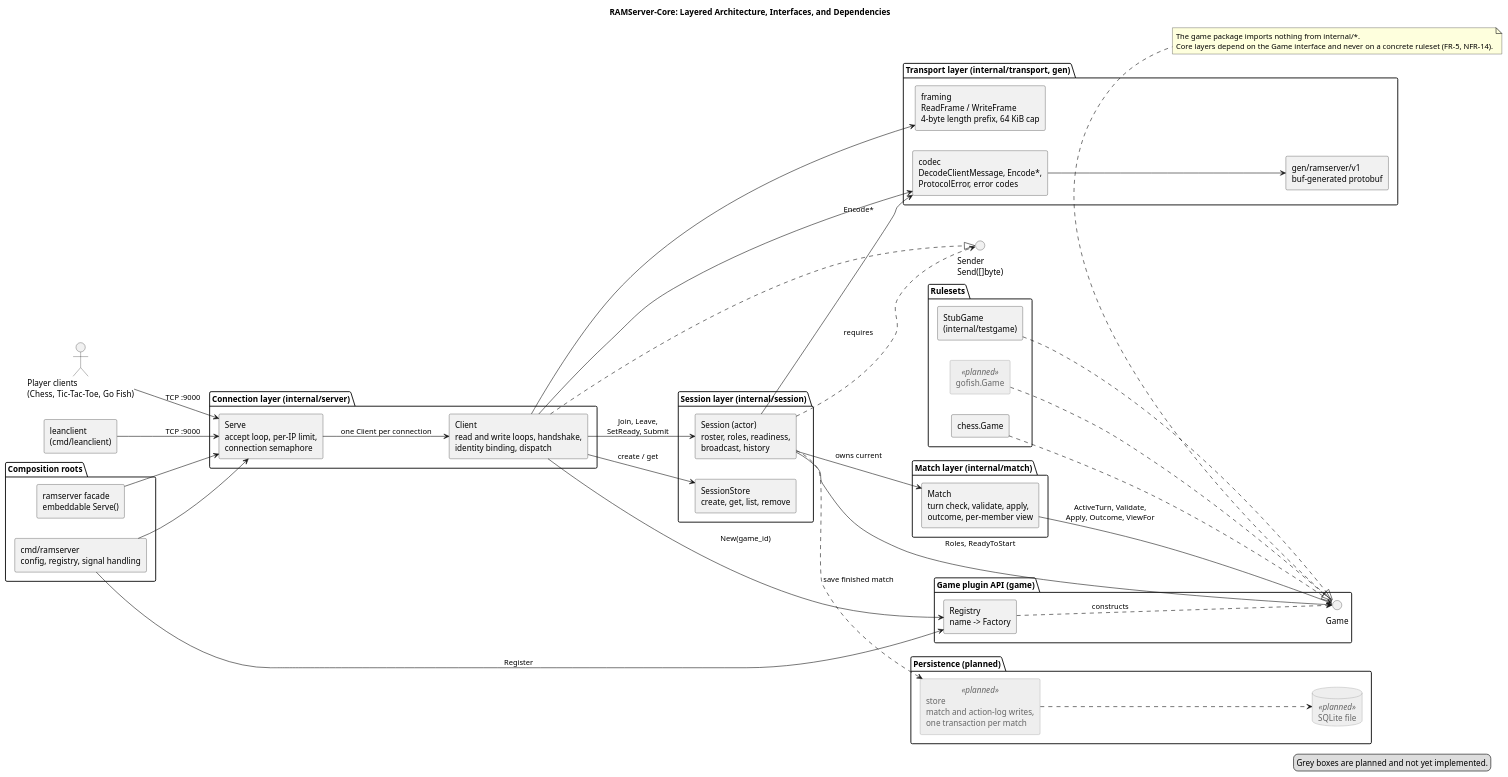
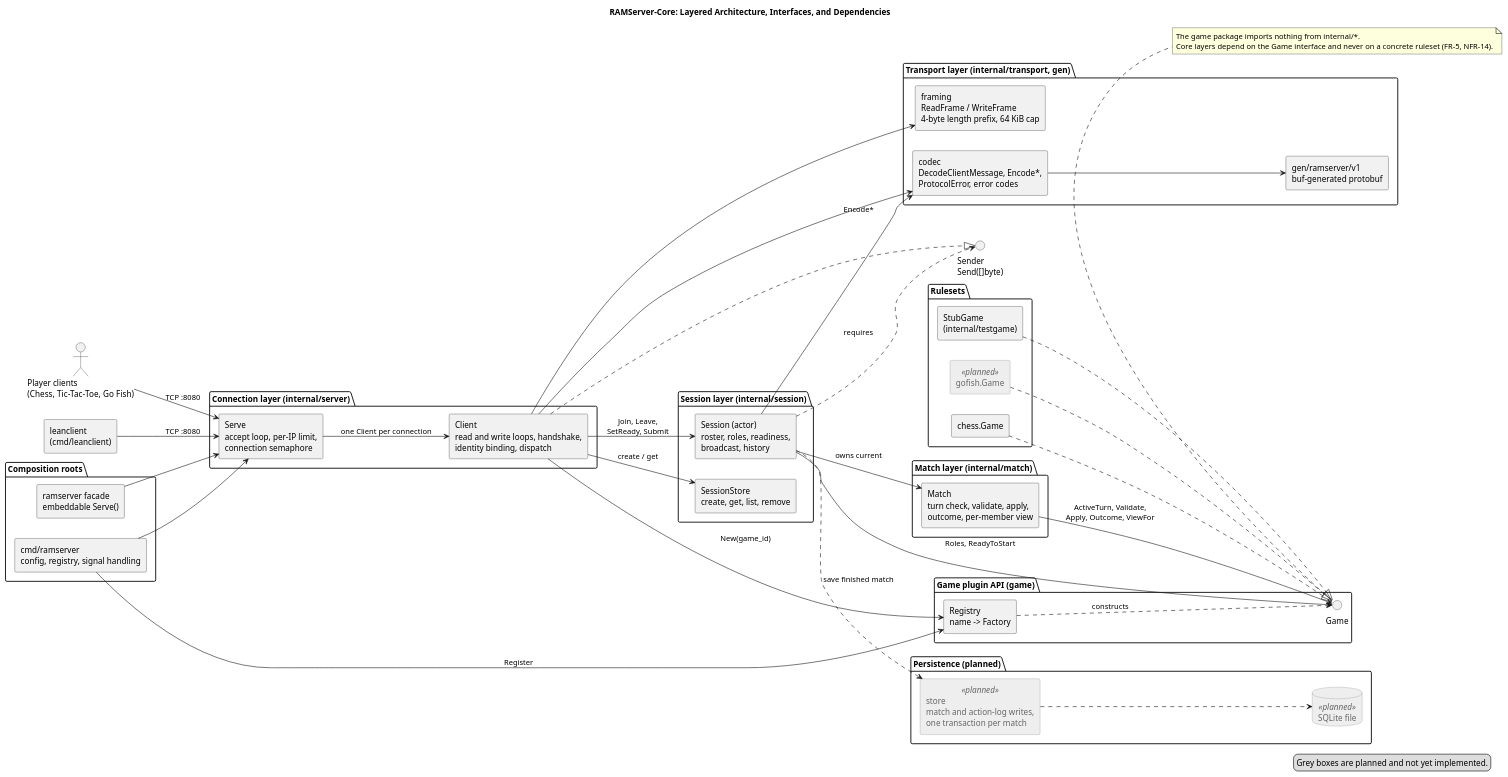
The diagram in docs/diagrams/01_architecture_components.puml (stevenlagoy/RAMServer-Core), drawn with PlantUML before and after one commit. The commit also changed 31 other files, not shown here.

```diff
--- a/docs/diagrams/01_architecture_components.puml
+++ b/docs/diagrams/01_architecture_components.puml
@@ -1,95 +1,95 @@
 @startuml 01_architecture_components
 title RAMServer-Core: Layered Architecture, Interfaces, and Dependencies
 left to right direction
 skinparam shadowing false
 skinparam componentStyle rectangle
 skinparam component<<planned>> {
   BackgroundColor #EEEEEE
   BorderColor #888888
   FontColor #666666
 }
 skinparam database<<planned>> {
   BackgroundColor #EEEEEE
   BorderColor #888888
   FontColor #666666
 }
 
 actor "Player clients\n(Chess, Tic-Tac-Toe, Go Fish)" as Clients
 component "leanclient\n(cmd/leanclient)" as Lean
 
 package "Composition roots" {
   component "cmd/ramserver\nconfig, registry, signal handling" as Main
   component "ramserver facade\nembeddable Serve()" as Facade
 }
 
 package "Connection layer (internal/server)" {
   component "Serve\naccept loop, per-IP limit,\nconnection semaphore" as Serve
   component "Client\nread and write loops, handshake,\nidentity binding, dispatch" as ClientC
 }
 
 package "Transport layer (internal/transport, gen)" {
   component "framing\nReadFrame / WriteFrame\n4-byte length prefix, 64 KiB cap" as Framing
   component "codec\nDecodeClientMessage, Encode*,\nProtocolError, error codes" as Codec
   component "gen/ramserver/v1\nbuf-generated protobuf" as Gen
 }
 
 package "Session layer (internal/session)" {
   component "SessionStore\ncreate, get, list, remove" as Store
   component "Session (actor)\nroster, roles, readiness,\nbroadcast, history" as Session
 }
 
 package "Match layer (internal/match)" {
   component "Match\nturn check, validate, apply,\noutcome, per-member view" as Match
 }
 
 package "Game plugin API (game)" {
   interface "Game" as IGame
   component "Registry\nname -> Factory" as Registry
 }
 
 package "Rulesets" {
   component "chess.Game" as Chess
   component "StubGame\n(internal/testgame)" as Stub
   component "gofish.Game" as GoFish <<planned>>
 }
 
 package "Persistence (planned)" {
   component "store\nmatch and action-log writes,\none transaction per match" as PStore <<planned>>
   database "SQLite file" as DB <<planned>>
 }
 
 interface "Sender\nSend([]byte)" as ISender
 
-Clients --> Serve : TCP :9000
-Lean --> Serve : TCP :9000
+Clients --> Serve : TCP :8080
+Lean --> Serve : TCP :8080
 Serve --> ClientC : one Client per connection
 ClientC --> Framing
 ClientC --> Codec
 Codec --> Gen
 ClientC --> Store : create / get
 ClientC --> Session : Join, Leave,\nSetReady, Submit
 ClientC --> Registry : New(game_id)
 ClientC ..|> ISender
 Session ..> ISender : requires
 Session --> Codec : Encode*
 Session --> Match : owns current
 Session --> IGame : Roles, ReadyToStart
 Match --> IGame : ActiveTurn, Validate,\nApply, Outcome, ViewFor
 Chess ..|> IGame
 Stub ..|> IGame
 GoFish ..|> IGame
 Registry ..> IGame : constructs
 Main --> Registry : Register
 Main --> Serve
 Facade --> Serve
 Session ..> PStore : save finished match
 PStore ..> DB
 
 note bottom of IGame
   The game package imports nothing from internal/*.
   Core layers depend on the Game interface and never on a concrete ruleset (FR-5, NFR-14).
 end note
 legend right
   Grey boxes are planned and not yet implemented.
 endlegend
 @enduml
```
